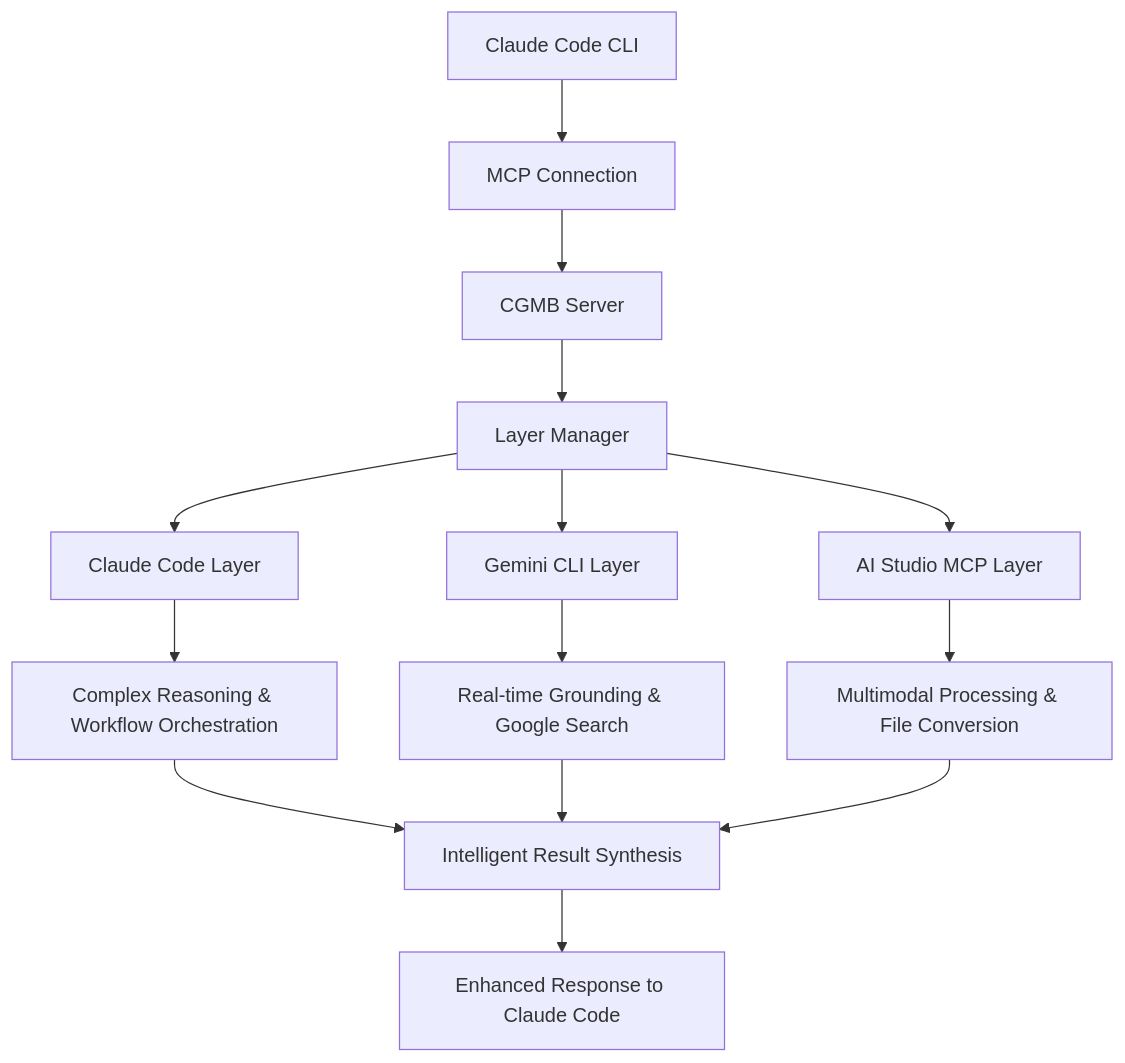
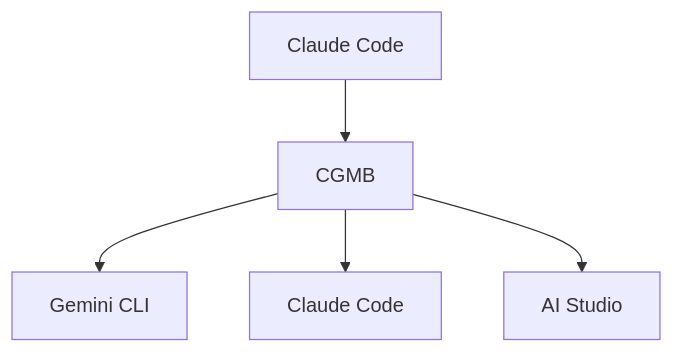
The diagram in README.md (goodaymmm/claude-gemini-multimodal-bridge), drawn with Mermaid before and after one commit. The commit also changed other lines of this file and 39 other files, not shown here.

````diff
--- a/README.md
+++ b/README.md
@@ -24,19 +40,8 @@
 ```mermaid
-graph TD
-    A[Claude Code CLI] --> B[MCP Connection]
-    B --> C[CGMB Server]
-    C --> D[Layer Manager]
-    D --> E[Claude Code Layer]
-    D --> F[Gemini CLI Layer]  
-    D --> G[AI Studio MCP Layer]
+flowchart TD
+    A[Claude Code] --> B[CGMB]
     
-    E --> H[Complex Reasoning & Workflow Orchestration]
-    F --> I[Real-time Grounding & Google Search]
-    G --> J[Multimodal Processing & File Conversion]
-    
-    H --> K[Intelligent Result Synthesis]
-    I --> K
-    J --> K
-    
-    K --> L[Enhanced Response to Claude Code]
+    B --> C[Gemini CLI]
+    B --> D[Claude Code]
+    B --> E[AI Studio]
 ```
````
